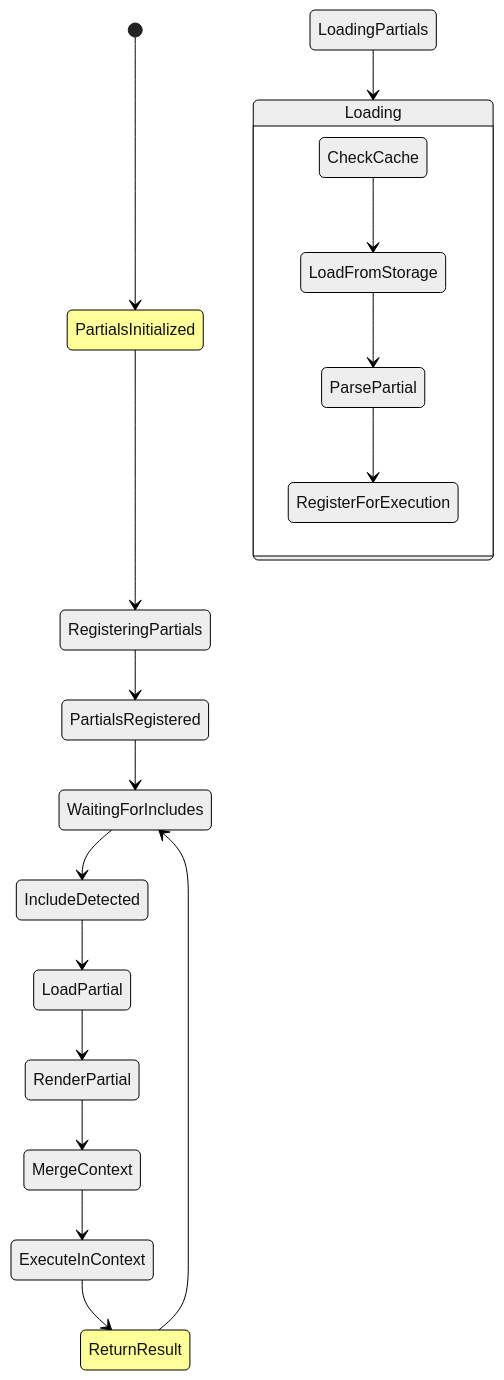
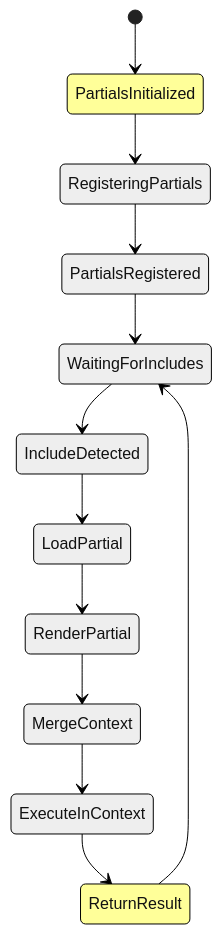
The ninth of 22 diagrams in docs_site/api-evolution.md (daredoes/linked-lovelace-ui), drawn with Mermaid (neutral theme) before and after one commit. The commit also changed other lines of this file and 1 other file, not shown here.

First line of the commit message:
Fix Mermaid diagram syntax errors in documentation

````diff
--- a/docs_site/api-evolution.md
+++ b/docs_site/api-evolution.md
@@ -237,35 +208,27 @@
 ```mermaid
-stateDiagram-v2
+stateDiagram
     [*] --> PartialsInitialized
     
     PartialsInitialized --> RegisteringPartials
     
     RegisteringPartials --> PartialsRegistered
     
     PartialsRegistered --> WaitingForIncludes
     
     WaitingForIncludes --> IncludeDetected
     
     IncludeDetected --> LoadPartial
     
     LoadPartial --> RenderPartial
     
     RenderPartial --> MergeContext
     
     MergeContext --> ExecuteInContext
     
     ExecuteInContext --> ReturnResult
     
     ReturnResult --> WaitingForIncludes
     
-    state Loading {
-        CheckCache --> LoadFromStorage
-        LoadFromStorage --> ParsePartial
-        ParsePartial --> RegisterForExecution
-    }
-    
-    LoadingPartials --> Loading
-    
     style PartialsInitialized fill:#ff9
     style ReturnResult fill:#ff9
 ```
````
